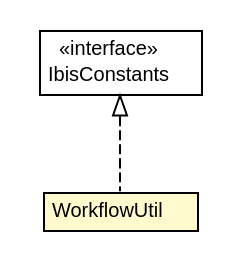
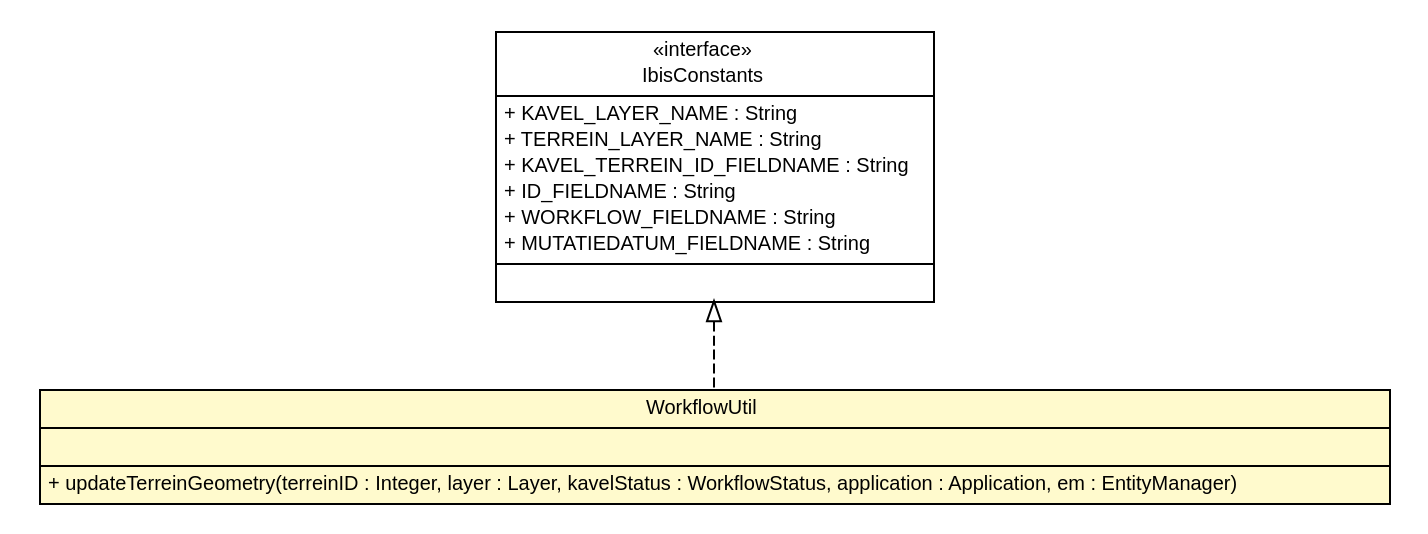
One commit to B3Partners/flamingo-ibis changed the diagram in ibis-viewer/apidocs/nl/b3p/viewer/ibis/util/WorkflowUtil.dot. Above: the diagram before and after it, drawn with Graphviz. The commit also changed 233 other files, not shown here.

```diff
--- a/ibis-viewer/apidocs/nl/b3p/viewer/ibis/util/WorkflowUtil.dot
+++ b/ibis-viewer/apidocs/nl/b3p/viewer/ibis/util/WorkflowUtil.dot
@@ -1,27 +1,44 @@
 #!/usr/local/bin/dot
 #
 # Class diagram 
 # Generated by UMLGraph version R5_6-24-gf6e263 (http://www.umlgraph.org/)
 #
 
 digraph G {
 	edge [fontname="Helvetica",fontsize=10,labelfontname="Helvetica",labelfontsize=10];
 	node [fontname="Helvetica",fontsize=10,shape=plaintext];
 	nodesep=0.25;
 	ranksep=0.5;
 	// nl.b3p.viewer.ibis.util.WorkflowUtil
-	c263 [label=<<table title="nl.b3p.viewer.ibis.util.WorkflowUtil" border="0" cellborder="1" cellspacing="0" cellpadding="2" port="p" bgcolor="lemonChiffon" href="./WorkflowUtil.html">
+	c303 [label=<<table title="nl.b3p.viewer.ibis.util.WorkflowUtil" border="0" cellborder="1" cellspacing="0" cellpadding="2" port="p" bgcolor="lemonChiffon" href="./WorkflowUtil.html">
 		<tr><td><table border="0" cellspacing="0" cellpadding="1">
 <tr><td align="center" balign="center"> WorkflowUtil </td></tr>
 		</table></td></tr>
+		<tr><td><table border="0" cellspacing="0" cellpadding="1">
+<tr><td align="left" balign="left">  </td></tr>
+		</table></td></tr>
+		<tr><td><table border="0" cellspacing="0" cellpadding="1">
+<tr><td align="left" balign="left"> + updateTerreinGeometry(terreinID : Integer, layer : Layer, kavelStatus : WorkflowStatus, application : Application, em : EntityManager) </td></tr>
+		</table></td></tr>
 		</table>>, URL="./WorkflowUtil.html", fontname="Helvetica", fontcolor="black", fontsize=10.0];
 	// nl.b3p.viewer.ibis.util.IbisConstants
-	c265 [label=<<table title="nl.b3p.viewer.ibis.util.IbisConstants" border="0" cellborder="1" cellspacing="0" cellpadding="2" port="p" href="./IbisConstants.html">
+	c305 [label=<<table title="nl.b3p.viewer.ibis.util.IbisConstants" border="0" cellborder="1" cellspacing="0" cellpadding="2" port="p" href="./IbisConstants.html">
 		<tr><td><table border="0" cellspacing="0" cellpadding="1">
 <tr><td align="center" balign="center"> &#171;interface&#187; </td></tr>
 <tr><td align="center" balign="center"> IbisConstants </td></tr>
 		</table></td></tr>
+		<tr><td><table border="0" cellspacing="0" cellpadding="1">
+<tr><td align="left" balign="left"> + KAVEL_LAYER_NAME : String </td></tr>
+<tr><td align="left" balign="left"> + TERREIN_LAYER_NAME : String </td></tr>
+<tr><td align="left" balign="left"> + KAVEL_TERREIN_ID_FIELDNAME : String </td></tr>
+<tr><td align="left" balign="left"> + ID_FIELDNAME : String </td></tr>
+<tr><td align="left" balign="left"> + WORKFLOW_FIELDNAME : String </td></tr>
+<tr><td align="left" balign="left"> + MUTATIEDATUM_FIELDNAME : String </td></tr>
+		</table></td></tr>
+		<tr><td><table border="0" cellspacing="0" cellpadding="1">
+<tr><td align="left" balign="left">  </td></tr>
+		</table></td></tr>
 		</table>>, URL="./IbisConstants.html", fontname="Helvetica", fontcolor="black", fontsize=10.0];
 	//nl.b3p.viewer.ibis.util.WorkflowUtil implements nl.b3p.viewer.ibis.util.IbisConstants
-	c265:p -> c263:p [dir=back,arrowtail=empty,style=dashed];
+	c305:p -> c303:p [dir=back,arrowtail=empty,style=dashed];
 }
```
